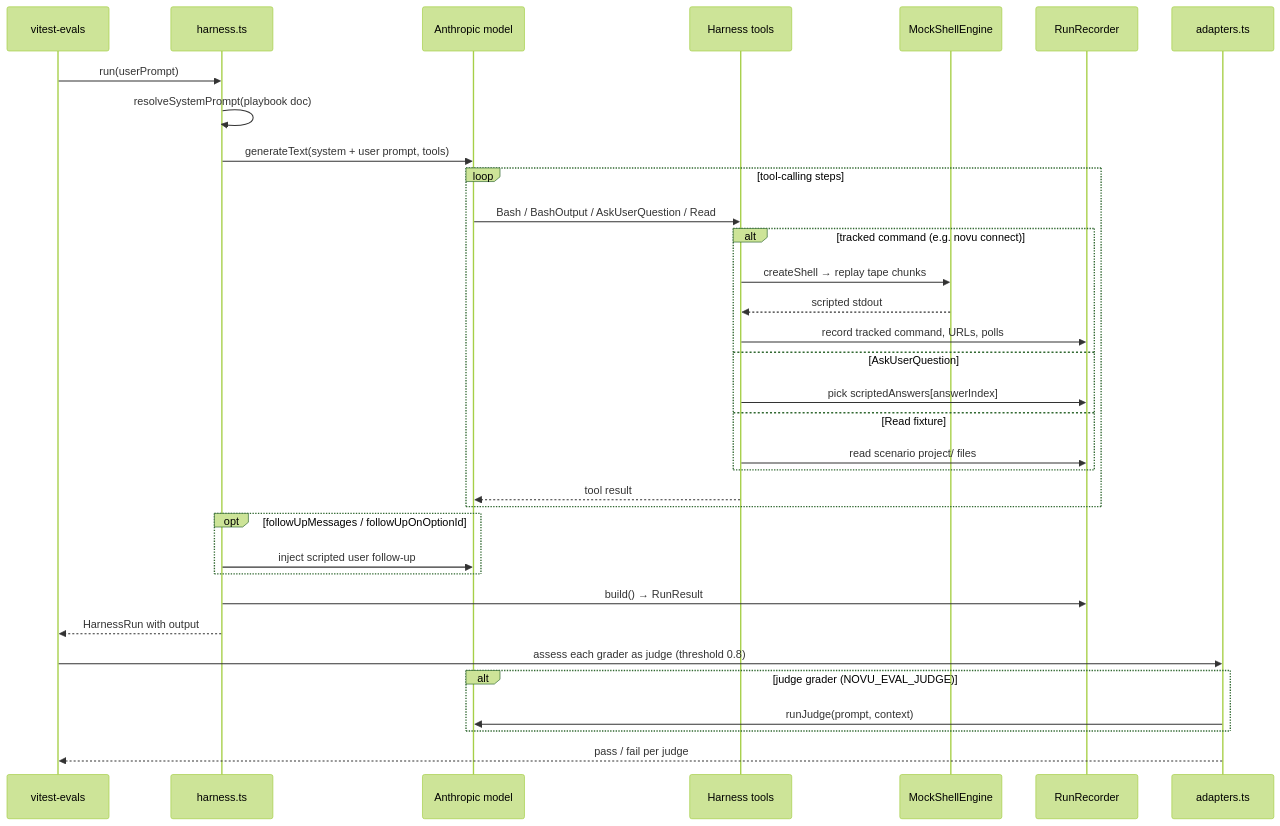
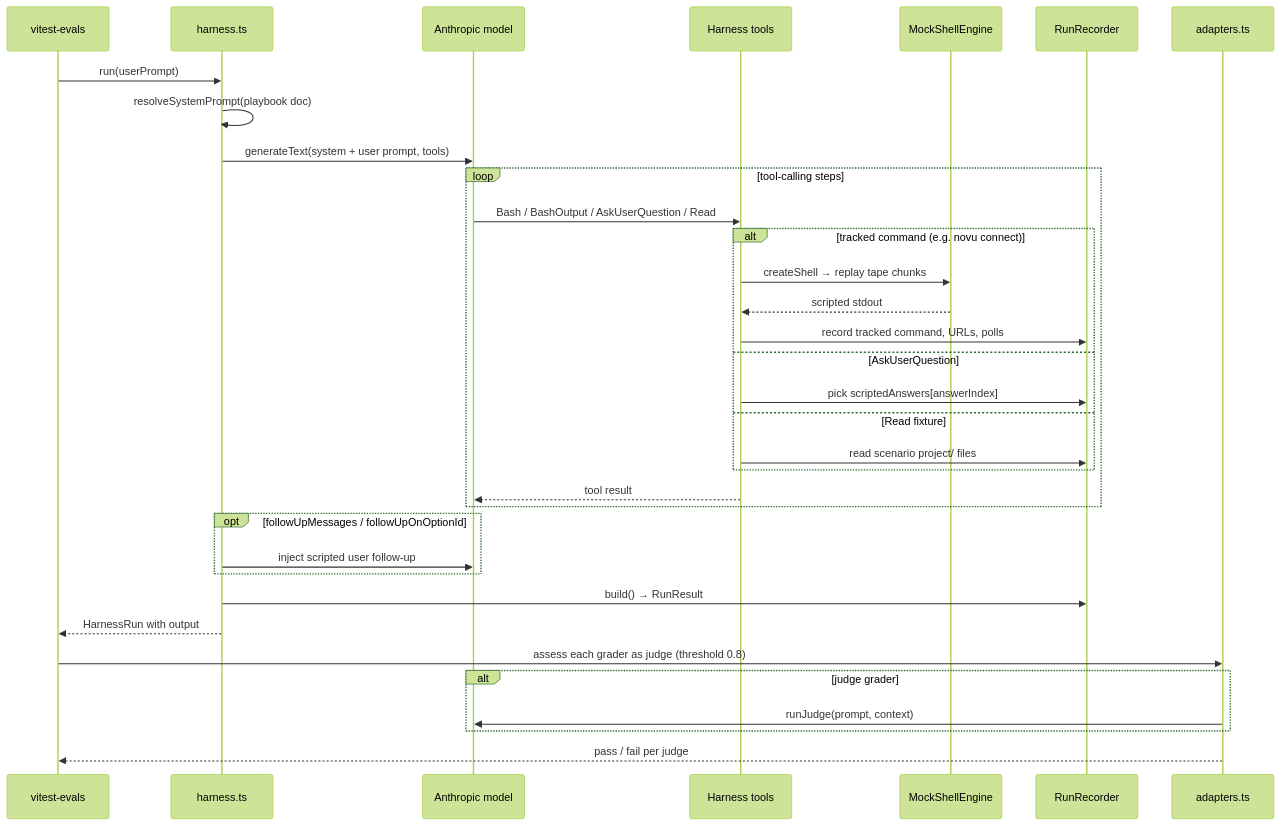
The second of 2 diagrams in libs/agent-evals/README.md (novuhq/novu), drawn with Mermaid (forest theme) before and after one commit. The commit also changed other lines of this file and 6 other files, not shown here.

````diff
--- a/libs/agent-evals/README.md
+++ b/libs/agent-evals/README.md
@@ -56,37 +56,37 @@
 ```mermaid
 sequenceDiagram
   participant Vitest as vitest-evals
   participant Harness as harness.ts
   participant LLM as Anthropic model
   participant Tools as Harness tools
   participant Shell as MockShellEngine
   participant Rec as RunRecorder
   participant Judges as adapters.ts
 
   Vitest->>Harness: run(userPrompt)
   Harness->>Harness: resolveSystemPrompt(playbook doc)
   Harness->>LLM: generateText(system + user prompt, tools)
   loop tool-calling steps
     LLM->>Tools: Bash / BashOutput / AskUserQuestion / Read
     alt tracked command (e.g. novu connect)
       Tools->>Shell: createShell → replay tape chunks
       Shell-->>Tools: scripted stdout
       Tools->>Rec: record tracked command, URLs, polls
     else AskUserQuestion
       Tools->>Rec: pick scriptedAnswers[answerIndex]
     else Read fixture
       Tools->>Rec: read scenario project/ files
     end
     Tools-->>LLM: tool result
   end
   opt followUpMessages / followUpOnOptionId
     Harness->>LLM: inject scripted user follow-up
   end
   Harness->>Rec: build() → RunResult
   Harness-->>Vitest: HarnessRun with output
   Vitest->>Judges: assess each grader as judge (threshold 0.8)
-  alt judge grader (NOVU_EVAL_JUDGE)
+  alt judge grader
     Judges->>LLM: runJudge(prompt, context)
   end
   Judges-->>Vitest: pass / fail per judge
 ```
````
